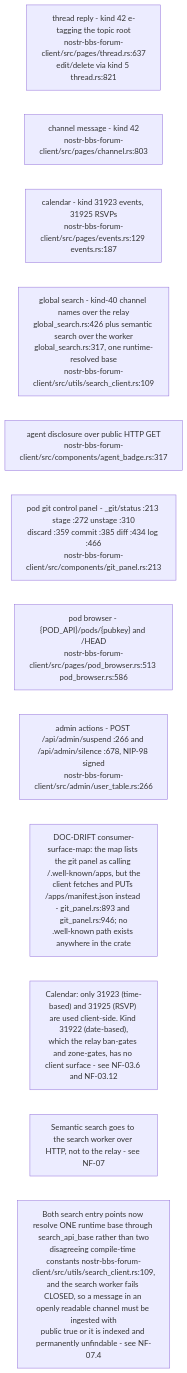
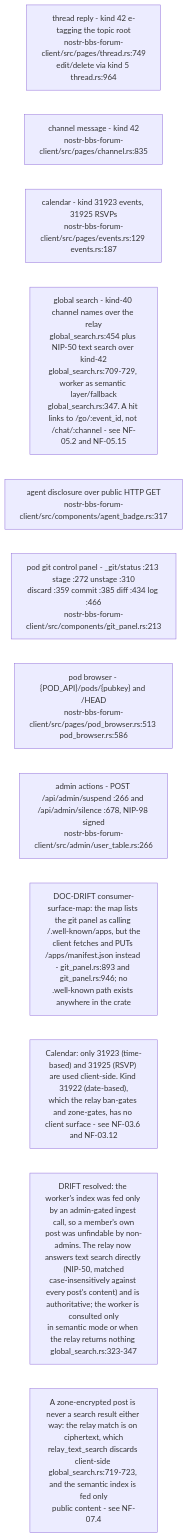
The tenth of 16 diagrams in docs/diagrams/nostr-rust-forum/05-leptos-clients-onboarding-messaging-governance.md (DreamLab-AI/VisionFlow), drawn with Mermaid before and after one commit. The commit also changed other lines of this file and 136 other files, not shown here.

First line of the commit message:
docs(diagrams): refresh the whole corpus to code HEAD and prune low-value diagrams

````diff
--- a/docs/diagrams/nostr-rust-forum/05-leptos-clients-onboarding-messaging-governance.md
+++ b/docs/diagrams/nostr-rust-forum/05-leptos-clients-onboarding-messaging-governance.md
@@ -303,16 +319,16 @@
 ```mermaid
 flowchart LR
-    THREAD["thread reply - kind 42 e-tagging the topic root<br/>nostr-bbs-forum-client/src/pages/thread.rs:637<br/>edit/delete via kind 5 thread.rs:821"]
-    CHAN["channel message - kind 42<br/>nostr-bbs-forum-client/src/pages/channel.rs:803"]
+    THREAD["thread reply - kind 42 e-tagging the topic root<br/>nostr-bbs-forum-client/src/pages/thread.rs:749<br/>edit/delete via kind 5 thread.rs:964"]
+    CHAN["channel message - kind 42<br/>nostr-bbs-forum-client/src/pages/channel.rs:835"]
     EVENTS["calendar - kind 31923 events, 31925 RSVPs<br/>nostr-bbs-forum-client/src/pages/events.rs:129 events.rs:187"]
-    SEARCH["global search - kind-40 channel names over the relay<br/>global_search.rs:426 plus semantic search over the worker<br/>global_search.rs:317, one runtime-resolved base<br/>nostr-bbs-forum-client/src/utils/search_client.rs:109"]
+    SEARCH["global search - kind-40 channel names over the relay<br/>global_search.rs:454 plus NIP-50 text search over kind-42<br/>global_search.rs:709-729, worker as semantic layer/fallback<br/>global_search.rs:347. A hit links to /go/:event_id, not /chat/:channel - see NF-05.2 and NF-05.15"]
     BADGE["agent disclosure over public HTTP GET<br/>nostr-bbs-forum-client/src/components/agent_badge.rs:317"]
     GIT["pod git control panel - _git/status :213 stage :272 unstage :310<br/>discard :359 commit :385 diff :434 log :466<br/>nostr-bbs-forum-client/src/components/git_panel.rs:213"]
     POD["pod browser - {POD_API}/pods/{pubkey} and /HEAD<br/>nostr-bbs-forum-client/src/pages/pod_browser.rs:513 pod_browser.rs:586"]
     ADMINT["admin actions - POST /api/admin/suspend :266 and /api/admin/silence :678, NIP-98 signed<br/>nostr-bbs-forum-client/src/admin/user_table.rs:266"]
 
     N1["DOC-DRIFT consumer-surface-map: the map lists the git panel as calling /.well-known/apps, but the<br/>client fetches and PUTs /apps/manifest.json instead - git_panel.rs:893 and git_panel.rs:946; no<br/>.well-known path exists anywhere in the crate"]
     N2["Calendar: only 31923 (time-based) and 31925 (RSVP) are used client-side. Kind 31922 (date-based),<br/>which the relay ban-gates and zone-gates, has no client surface - see NF-03.6 and NF-03.12"]
-    N3["Semantic search goes to the search worker over HTTP, not to the relay - see NF-07"]
-    N4["Both search entry points now resolve ONE runtime base through search_api_base rather than two<br/>disagreeing compile-time constants nostr-bbs-forum-client/src/utils/search_client.rs:109,<br/>and the search worker fails CLOSED, so a message in an openly readable channel must be ingested with<br/>public true or it is indexed and permanently unfindable - see NF-07.4"]
+    N3["DRIFT resolved: the worker's index was fed only by an admin-gated ingest call, so a member's own<br/>post was unfindable by non-admins. The relay now answers text search directly (NIP-50, matched<br/>case-insensitively against every post's content) and is authoritative; the worker is consulted only<br/>in semantic mode or when the relay returns nothing global_search.rs:323-347"]
+    N4["A zone-encrypted post is never a search result either way: the relay match is on ciphertext, which<br/>relay_text_search discards client-side global_search.rs:719-723, and the semantic index is fed only<br/>public content - see NF-07.4"]
 ```
````
